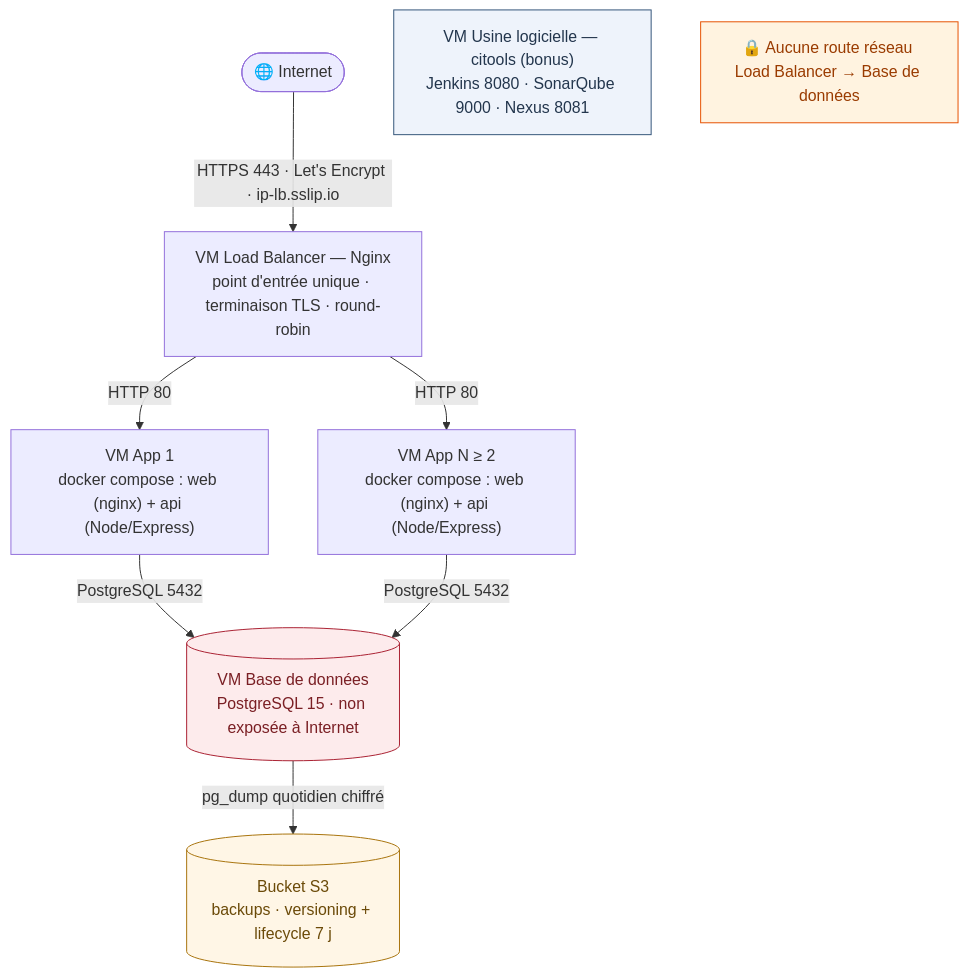
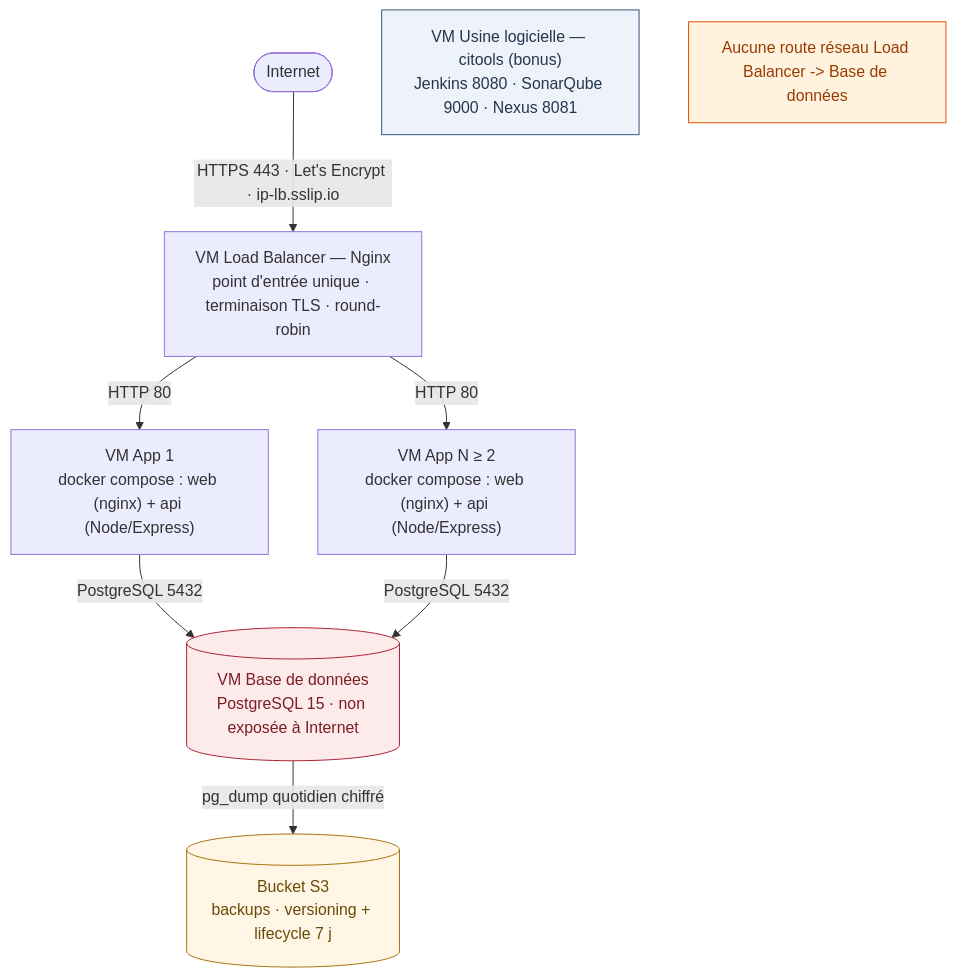
The diagram in README.md (mehdibellahsene/shaka-surf-devops), drawn with Mermaid before and after one commit. The commit also changed other lines of this file and 1 other file, not shown here.

````diff
--- a/README.md
+++ b/README.md
@@ -51,19 +51,19 @@
 ```mermaid
 flowchart TD
-    NET(["🌐 Internet"]) -->|"HTTPS 443 · Let's Encrypt · ip-lb.sslip.io"| LB["VM Load Balancer — Nginx<br/>point d'entrée unique · terminaison TLS · round-robin"]
+    NET(["Internet"]) -->|"HTTPS 443 · Let's Encrypt · ip-lb.sslip.io"| LB["VM Load Balancer — Nginx<br/>point d'entrée unique · terminaison TLS · round-robin"]
     LB -->|"HTTP 80"| A1["VM App 1<br/>docker compose : web (nginx) + api (Node/Express)"]
     LB -->|"HTTP 80"| A2["VM App N ≥ 2<br/>docker compose : web (nginx) + api (Node/Express)"]
     A1 -->|"PostgreSQL 5432"| DB[("VM Base de données<br/>PostgreSQL 15 · non exposée à Internet")]
     A2 -->|"PostgreSQL 5432"| DB
     DB -->|"pg_dump quotidien chiffré"| S3[("Bucket S3<br/>backups · versioning + lifecycle 7 j")]
     CI["VM Usine logicielle — citools (bonus)<br/>Jenkins 8080 · SonarQube 9000 · Nexus 8081"]
-    NOTE["🔒 Aucune route réseau Load Balancer → Base de données"]
+    NOTE["Aucune route réseau Load Balancer -> Base de données"]
     classDef db fill:#fdebec,stroke:#a23,color:#7a1f24;
     classDef store fill:#fff6e6,stroke:#a8740d,color:#6b4a08;
     classDef ci fill:#eef3fb,stroke:#34557a,color:#23364d;
     classDef note fill:#fff3e0,stroke:#e65100,color:#9a3b00;
     class DB db;
     class S3 store;
     class CI ci;
     class NOTE note;
 ```
````
